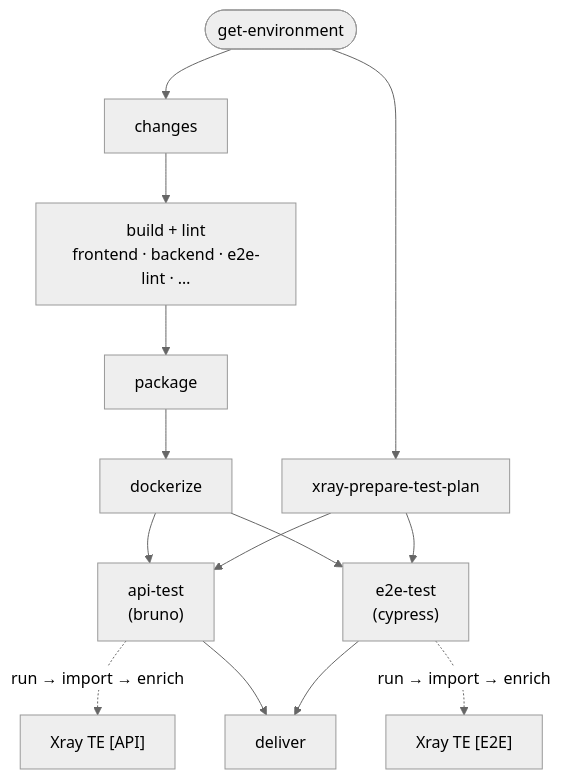
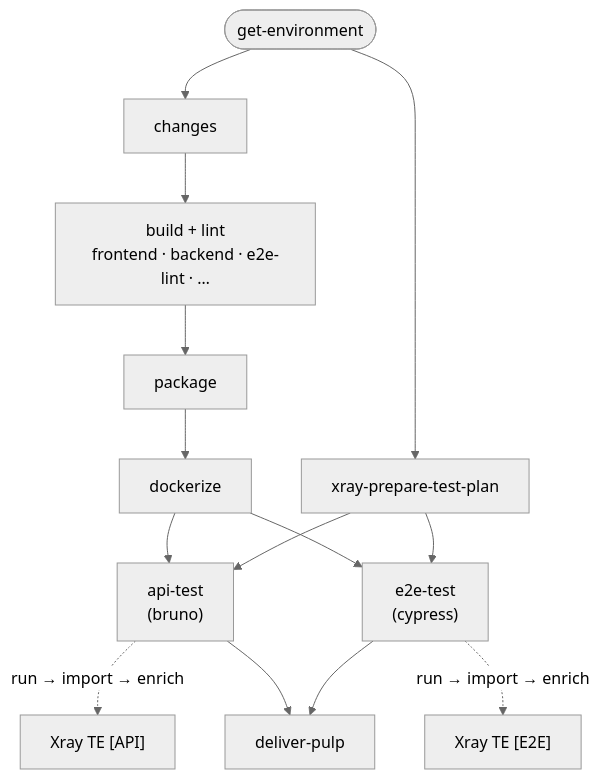
Before and after one commit to centreon/centreon: the second of 5 diagrams in .github/docs/xray/README.md, drawn with Mermaid (neutral theme). The commit also changed 12 other files, not shown here.

````diff
--- a/.github/docs/xray/README.md
+++ b/.github/docs/xray/README.md
@@ -41,15 +41,15 @@
 ```mermaid
 flowchart TD
   GE([get-environment]) --> CH[changes]
   GE --> TP[xray-prepare-test-plan]
   CH --> BL["build + lint<br/>frontend · backend · e2e-lint · …"]
   BL --> PKG[package] --> DK[dockerize]
   DK --> API["api-test<br/>(bruno)"]
   DK --> E2E["e2e-test<br/>(cypress)"]
   TP --> API
   TP --> E2E
   API -. "run → import → enrich" .-> XA["Xray TE [API]"]
   E2E -. "run → import → enrich" .-> XE["Xray TE [E2E]"]
-  API --> DL[deliver]
-  E2E --> DL[deliver]
+  API --> DL[deliver-pulp]
+  E2E --> DL[deliver-pulp]
 ```
````
